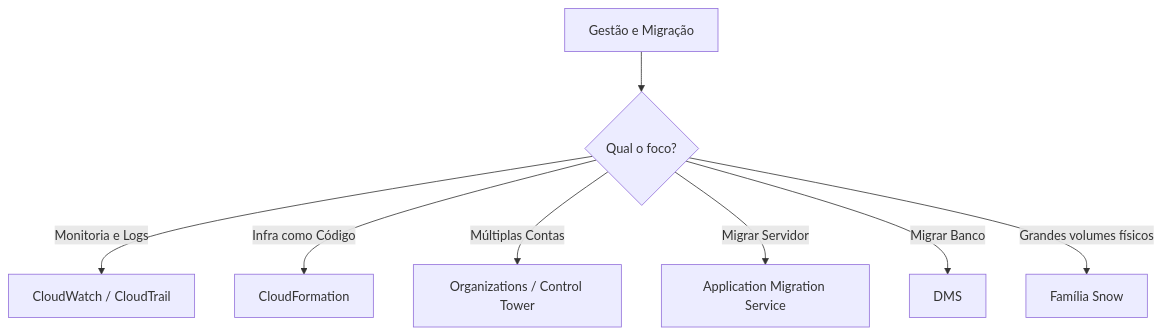
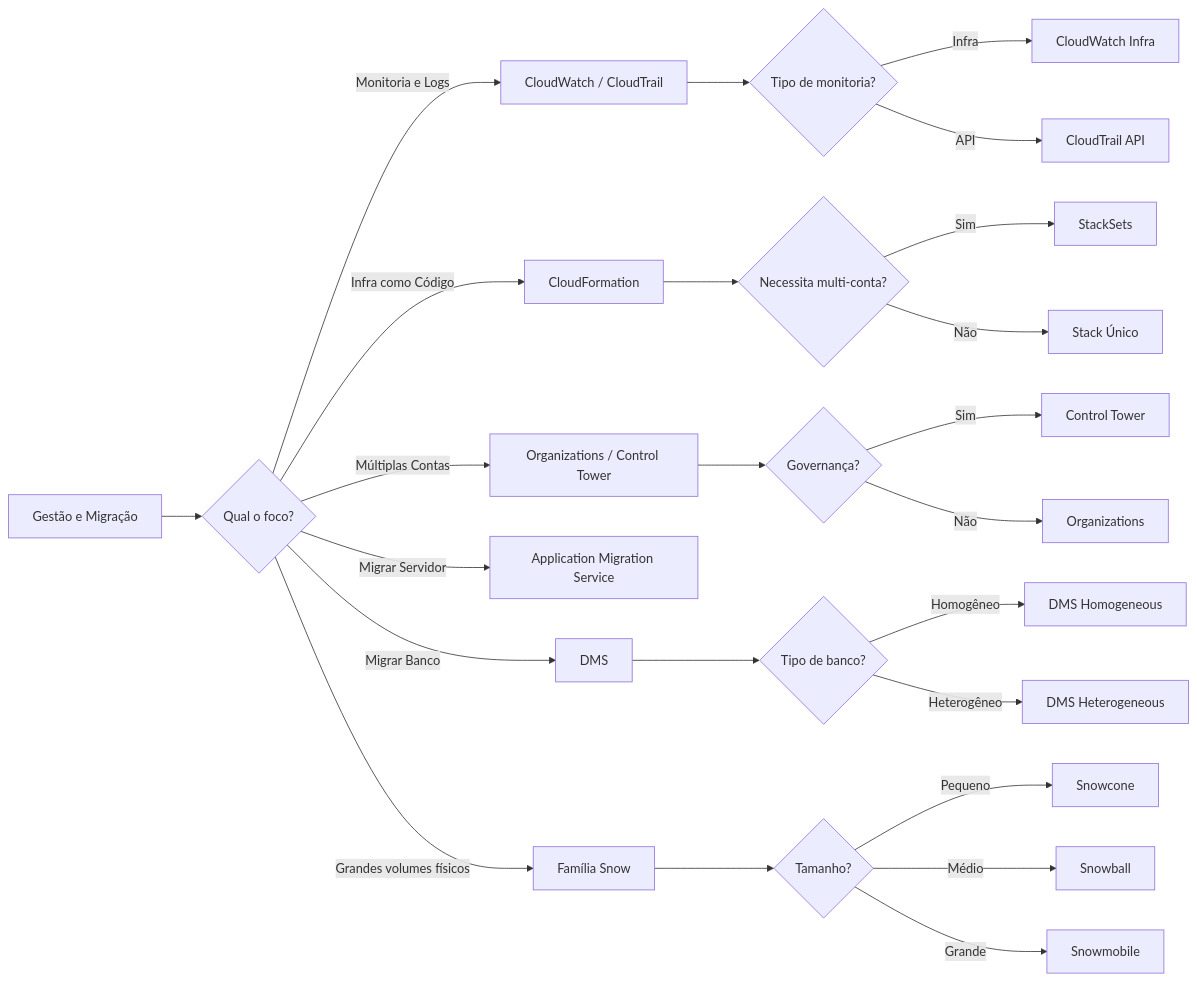
The eighth of 10 diagrams in minimal/decision-trees-aws-services.md (marcelooliveira/flashcards-aws), drawn with Mermaid before and after one commit. The commit also changed other lines of this file and 11 other files, not shown here.

````diff
--- a/minimal/decision-trees-aws-services.md
+++ b/minimal/decision-trees-aws-services.md
@@ -102,10 +216,26 @@
 ```mermaid
-graph TD
+graph LR
     A[Gestão e Migração] --> B{Qual o foco?}
     B -- Monitoria e Logs --> C[CloudWatch / CloudTrail]
+    C --> C1{Tipo de monitoria?}
+    C1 -- Infra --> C2[CloudWatch Infra]
+    C1 -- API --> C3[CloudTrail API]
     B -- Infra como Código --> D[CloudFormation]
+    D --> D1{Necessita multi-conta?}
+    D1 -- Sim --> D2[StackSets]
+    D1 -- Não --> D3[Stack Único]
     B -- Múltiplas Contas --> E[Organizations / Control Tower]
+    E --> E1{Governança?}
+    E1 -- Sim --> E2[Control Tower]
+    E1 -- Não --> E3[Organizations]
     B -- Migrar Servidor --> F[Application Migration Service]
     B -- Migrar Banco --> G[DMS]
+    G --> G1{Tipo de banco?}
+    G1 -- Homogêneo --> G2[DMS Homogeneous]
+    G1 -- Heterogêneo --> G3[DMS Heterogeneous]
     B -- Grandes volumes físicos --> H[Família Snow]
+    H --> H1{Tamanho?}
+    H1 -- Pequeno --> H2[Snowcone]
+    H1 -- Médio --> H3[Snowball]
+    H1 -- Grande --> H4[Snowmobile]
 ```
````
